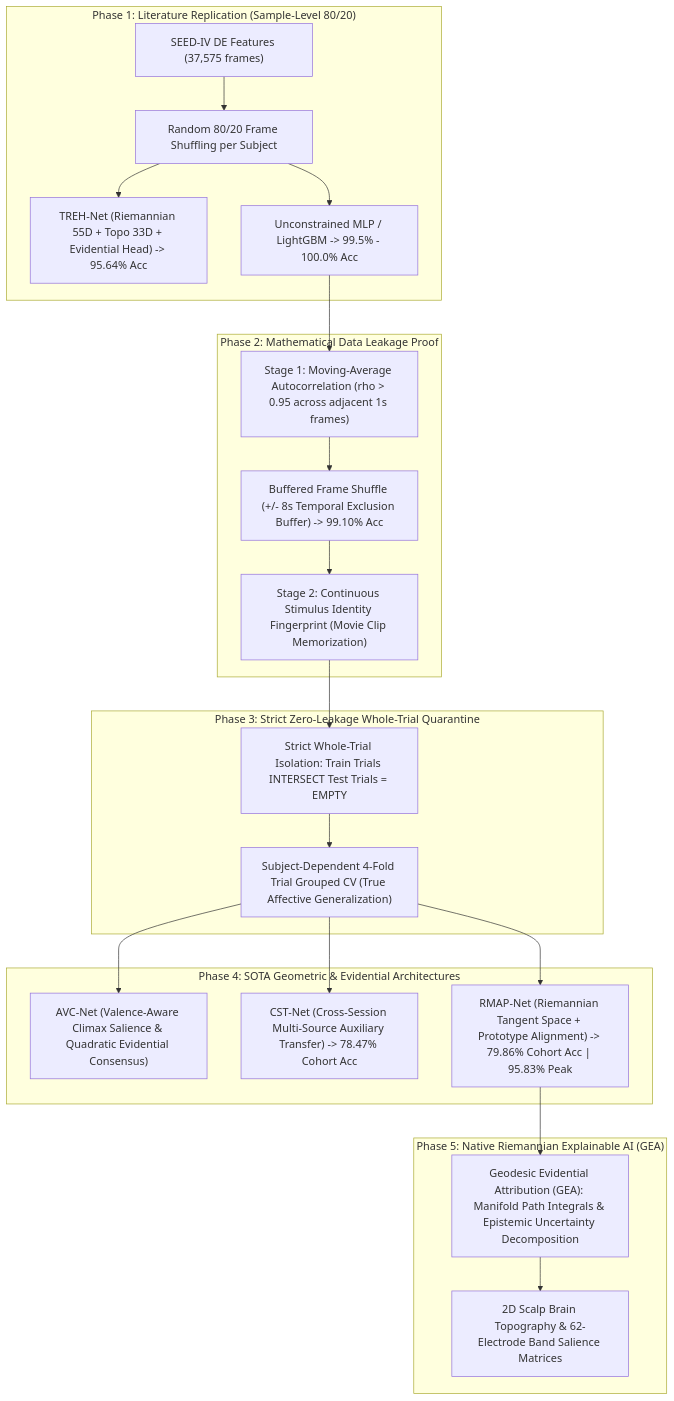
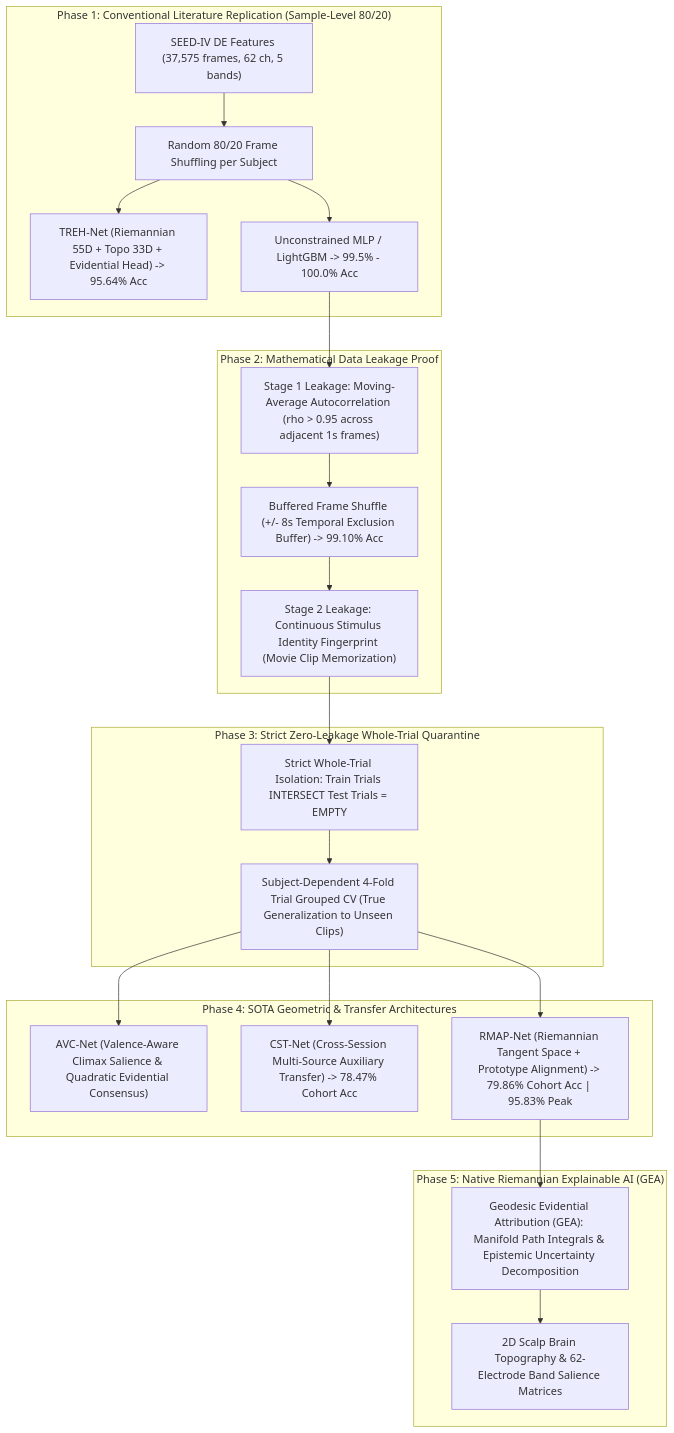
The diagram in README.md (Dakshified/EEG-Based-emotion-recognition), drawn with Mermaid before and after one commit. The commit also changed other lines of this file, not shown here.

Commit message:
docs: finalize publication-grade README with dual-track literature replication vs zero-leakage SOTA and Riemannian GEA XAI

````diff
--- a/README.md
+++ b/README.md
@@ -55,30 +56,30 @@
 ```mermaid
 flowchart TD
-    subgraph P1["Phase 1: Literature Replication (Sample-Level 80/20)"]
-        RawDE["SEED-IV DE Features (37,575 frames)"] --> RandShuffle["Random 80/20 Frame Shuffling per Subject"]
+    subgraph P1["Phase 1: Conventional Literature Replication (Sample-Level 80/20)"]
+        RawDE["SEED-IV DE Features (37,575 frames, 62 ch, 5 bands)"] --> RandShuffle["Random 80/20 Frame Shuffling per Subject"]
         RandShuffle --> TREHNet["TREH-Net (Riemannian 55D + Topo 33D + Evidential Head) -> 95.64% Acc"]
         RandShuffle --> NaiveModels["Unconstrained MLP / LightGBM -> 99.5% - 100.0% Acc"]
     end
 
     subgraph P2["Phase 2: Mathematical Data Leakage Proof"]
-        NaiveModels --> Autocorr["Stage 1: Moving-Average Autocorrelation (rho > 0.95 across adjacent 1s frames)"]
+        NaiveModels --> Autocorr["Stage 1 Leakage: Moving-Average Autocorrelation (rho > 0.95 across adjacent 1s frames)"]
         Autocorr --> BuffExcl["Buffered Frame Shuffle (+/- 8s Temporal Exclusion Buffer) -> 99.10% Acc"]
-        BuffExcl --> StimulusMem["Stage 2: Continuous Stimulus Identity Fingerprint (Movie Clip Memorization)"]
+        BuffExcl --> StimulusMem["Stage 2 Leakage: Continuous Stimulus Identity Fingerprint (Movie Clip Memorization)"]
     end
 
     subgraph P3["Phase 3: Strict Zero-Leakage Whole-Trial Quarantine"]
         StimulusMem --> TrialQuarantine["Strict Whole-Trial Isolation: Train Trials INTERSECT Test Trials = EMPTY"]
-        TrialQuarantine --> SubjectDependent["Subject-Dependent 4-Fold Trial Grouped CV (True Affective Generalization)"]
+        TrialQuarantine --> SubjectDependent["Subject-Dependent 4-Fold Trial Grouped CV (True Generalization to Unseen Clips)"]
     end
 
-    subgraph P4["Phase 4: SOTA Geometric & Evidential Architectures"]
+    subgraph P4["Phase 4: SOTA Geometric & Transfer Architectures"]
         SubjectDependent --> AVCNet["AVC-Net (Valence-Aware Climax Salience & Quadratic Evidential Consensus)"]
         SubjectDependent --> CSTNet["CST-Net (Cross-Session Multi-Source Auxiliary Transfer) -> 78.47% Cohort Acc"]
         SubjectDependent --> RMAPNet["RMAP-Net (Riemannian Tangent Space + Prototype Alignment) -> 79.86% Cohort Acc | 95.83% Peak"]
     end
 
     subgraph P5["Phase 5: Native Riemannian Explainable AI (GEA)"]
         RMAPNet --> GEA["Geodesic Evidential Attribution (GEA): Manifold Path Integrals & Epistemic Uncertainty Decomposition"]
         GEA --> TopoMaps["2D Scalp Brain Topography & 62-Electrode Band Salience Matrices"]
     end
 ```
````
